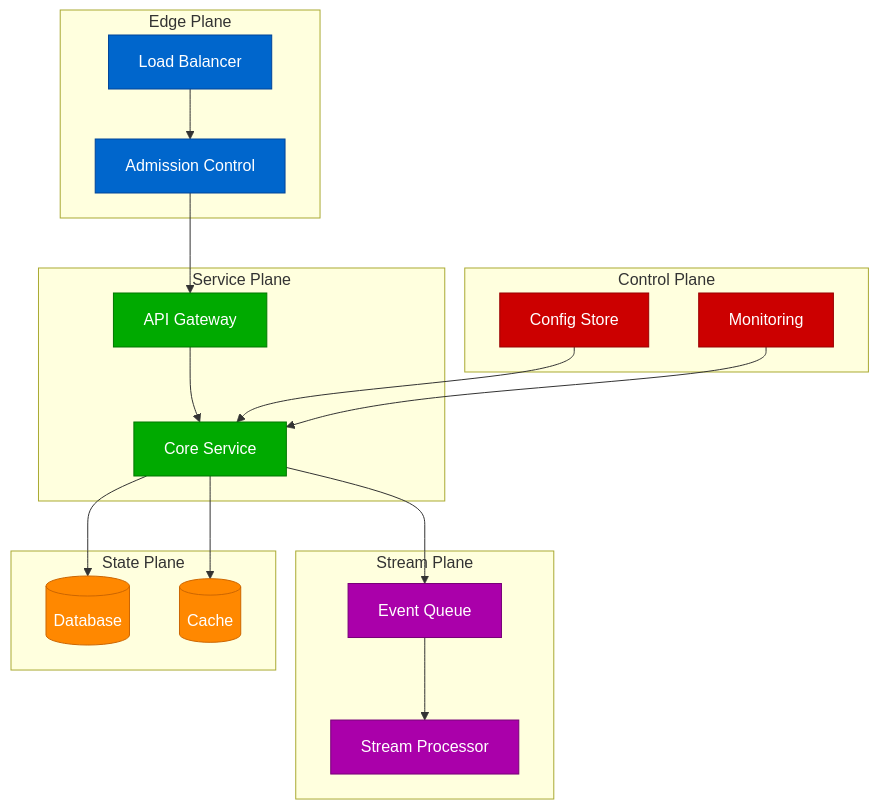
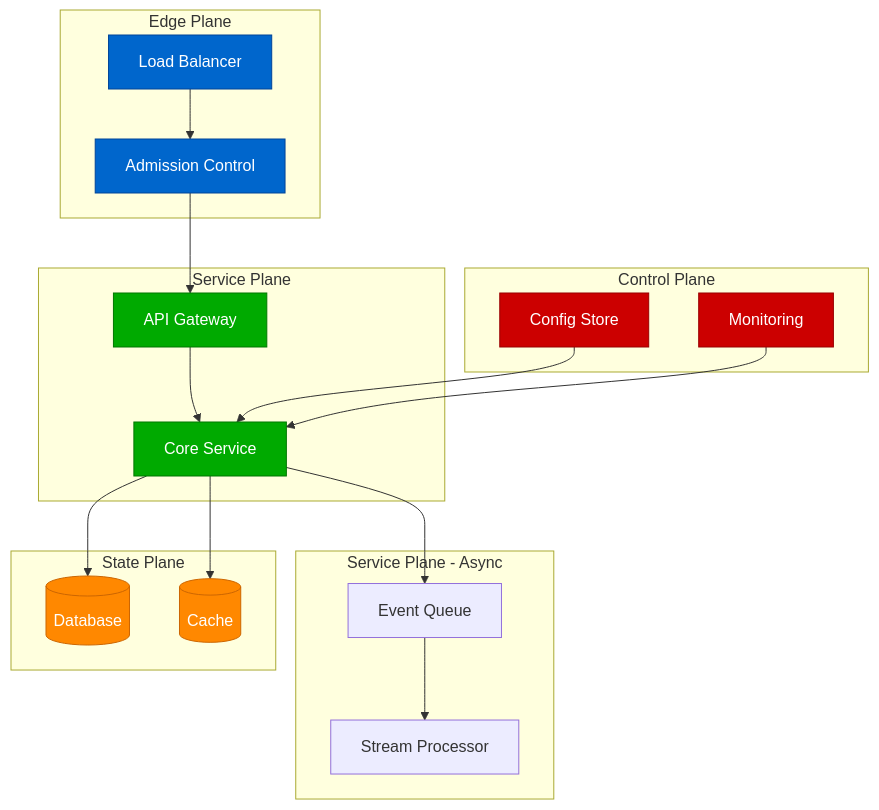
One commit to deepaucksharma/DS changed the first of 8 diagrams in readonly-spec/07-DATA-SCHEMAS.md. Above: the diagram before and after it, drawn with Mermaid. The commit also changed other lines of this file and 265 other files, not shown here.

````diff
--- a/readonly-spec/07-DATA-SCHEMAS.md
+++ b/readonly-spec/07-DATA-SCHEMAS.md
@@ -64,49 +63,49 @@
 ```mermaid
 flowchart TB
     subgraph edge ["Edge Plane"]
         LB[Load Balancer]
         AC[Admission Control]
     end
 
     subgraph service ["Service Plane"]
         API[API Gateway]
         SVC[Core Service]
     end
 
-    subgraph stream ["Stream Plane"]
+    subgraph service2 ["Service Plane - Async"]
         Q[Event Queue]
         PROC[Stream Processor]
     end
 
     subgraph state ["State Plane"]
         DB[(Database)]
         CACHE[(Cache)]
     end
 
     subgraph control ["Control Plane"]
         CFG[Config Store]
         MON[Monitoring]
     end
 
     LB --> AC
     AC --> API
     API --> SVC
     SVC --> Q
     Q --> PROC
     SVC --> DB
     SVC --> CACHE
     CFG --> SVC
     MON --> SVC
 
     classDef edge fill:#0066CC,stroke:#004499,color:#fff
     classDef service fill:#00AA00,stroke:#007700,color:#fff
-    classDef stream fill:#AA00AA,stroke:#770077,color:#fff
+    classDef service2 fill:#00AA00,stroke:#007700,color:#fff
     classDef state fill:#FF8800,stroke:#CC6600,color:#fff
     classDef control fill:#CC0000,stroke:#990000,color:#fff
 
     class LB,AC edge
     class API,SVC service
     class Q,PROC stream
     class DB,CACHE state
     class CFG,MON control
 ```
````
